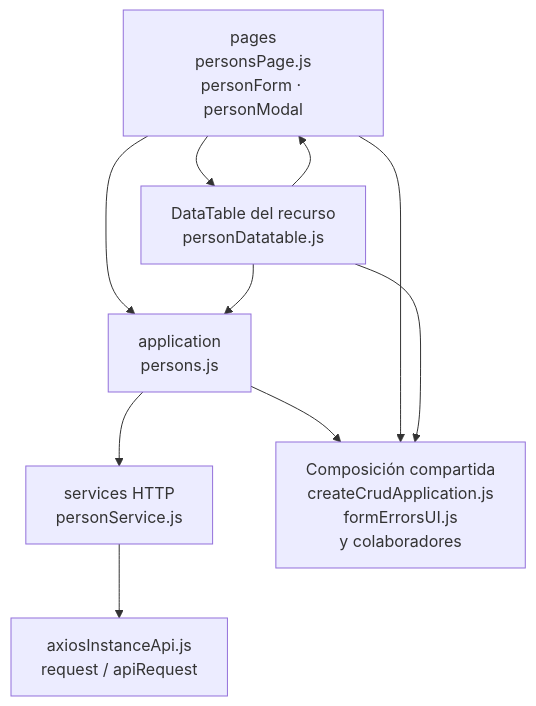
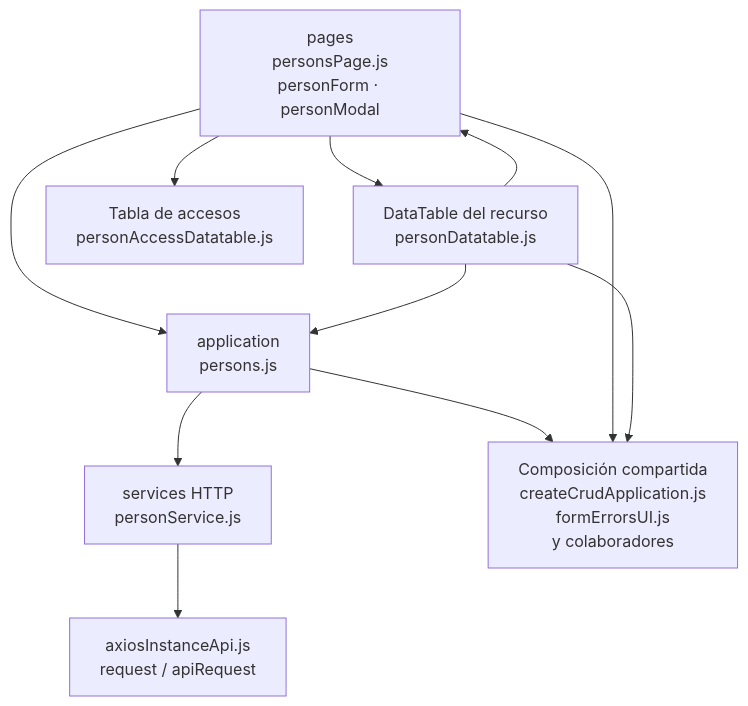
The diagram in docs/architecture/views/development/frontend-technical-documentation/05-persons-code.md (gpgsistemas01/nexus), drawn with Mermaid before and after one commit. The commit also changed other lines of this file and 200 other files, not shown here.

````diff
--- a/docs/architecture/views/development/frontend-technical-documentation/05-persons-code.md
+++ b/docs/architecture/views/development/frontend-technical-documentation/05-persons-code.md
@@ -7,18 +7,20 @@
 ```mermaid
 flowchart TB
     P["pages<br/>personsPage.js<br/>personForm · personModal"]
     A["application<br/>persons.js"]
     R["services HTTP<br/>personService.js"]
     T["DataTable del recurso<br/>personDatatable.js"]
+    D["Tabla de accesos<br/>personAccessDatatable.js"]
+    P --> D
     U["Composición compartida<br/>createCrudApplication.js<br/>formErrorsUI.js<br/>y colaboradores"]
     H["axiosInstanceApi.js<br/>request / apiRequest"]
     A --> R
     A --> U
     P --> A
     P --> T
     P --> U
     R --> H
     T --> A
     T --> P
     T --> U
 ```
````
